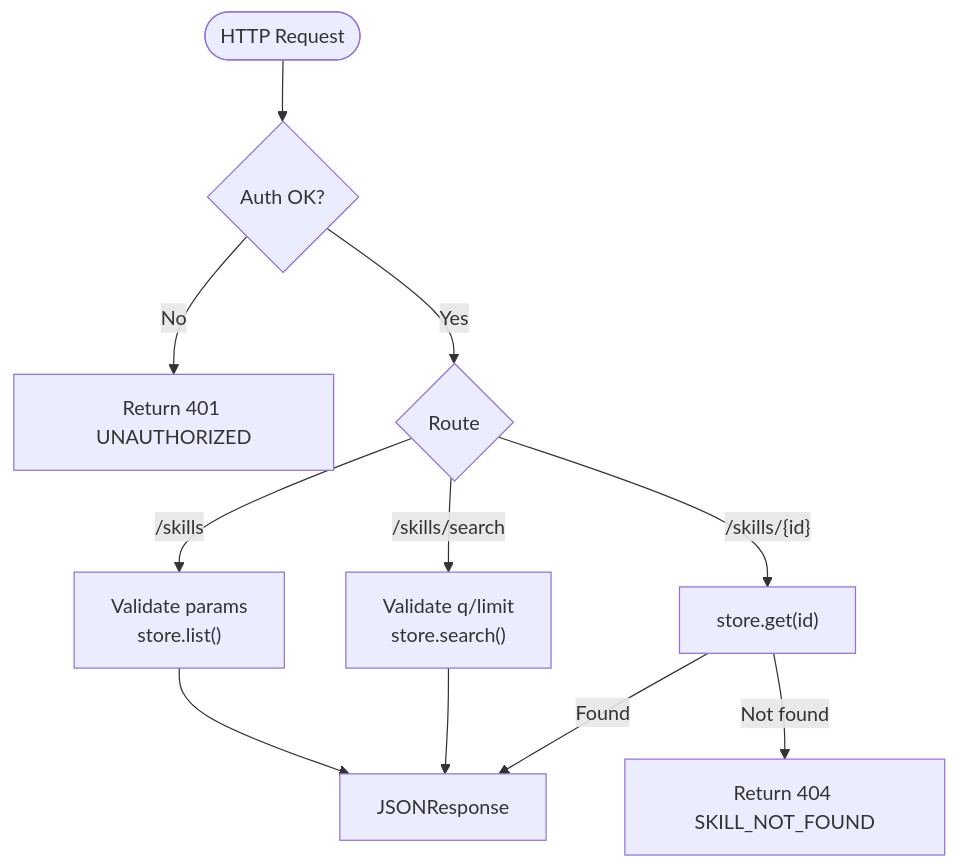
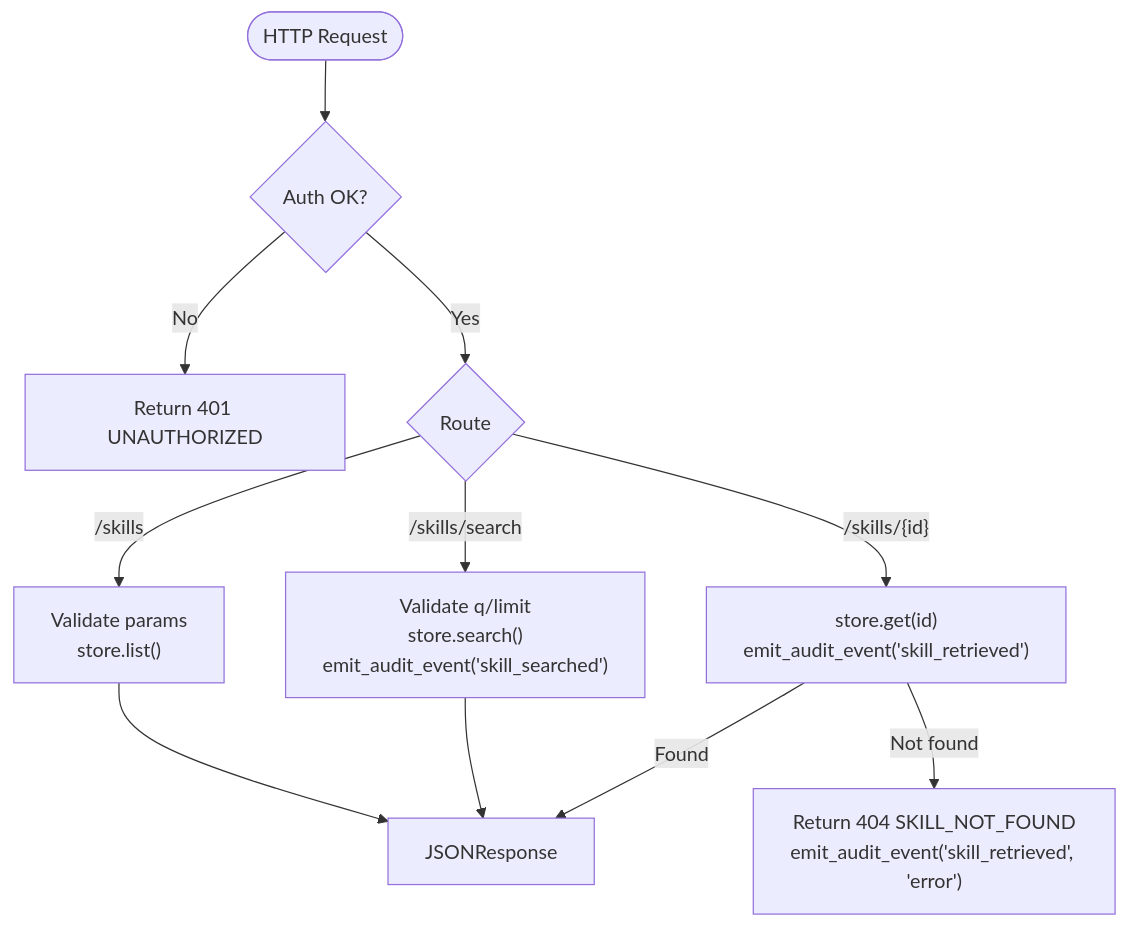
Before and after one commit to metasync/luban-aiops: the third of 12 diagrams in .qoder/repowiki/en/content/Deployment and Operations/Skills Hub Service.md, drawn with Mermaid. The commit also changed other lines of this file and 8 other files, not shown here.

````diff
--- a/.qoder/repowiki/en/content/Deployment and Operations/Skills Hub Service.md
+++ b/.qoder/repowiki/en/content/Deployment and Operations/Skills Hub Service.md
@@ -156,13 +174,13 @@
 ```mermaid
 flowchart TD
 Start(["HTTP Request"]) --> Auth{"Auth OK?"}
 Auth -- No --> Err401["Return 401 UNAUTHORIZED"]
 Auth -- Yes --> Route{"Route"}
 Route -- "/skills" --> List["Validate params<br/>store.list()"]
-Route -- "/skills/search" --> Search["Validate q/limit<br/>store.search()"]
-Route -- "/skills/{id}" --> Get["store.get(id)"]
+Route -- "/skills/search" --> Search["Validate q/limit<br/>store.search()<br/>emit_audit_event('skill_searched')"]
+Route -- "/skills/{id}" --> Get["store.get(id)<br/>emit_audit_event('skill_retrieved')"]
 List --> Resp["JSONResponse"]
 Search --> Resp
 Get --> |Found| Resp
-Get -- Not found --> Err404["Return 404 SKILL_NOT_FOUND"]
+Get -- Not found --> Err404["Return 404 SKILL_NOT_FOUND<br/>emit_audit_event('skill_retrieved', 'error')"]
 ```
````
